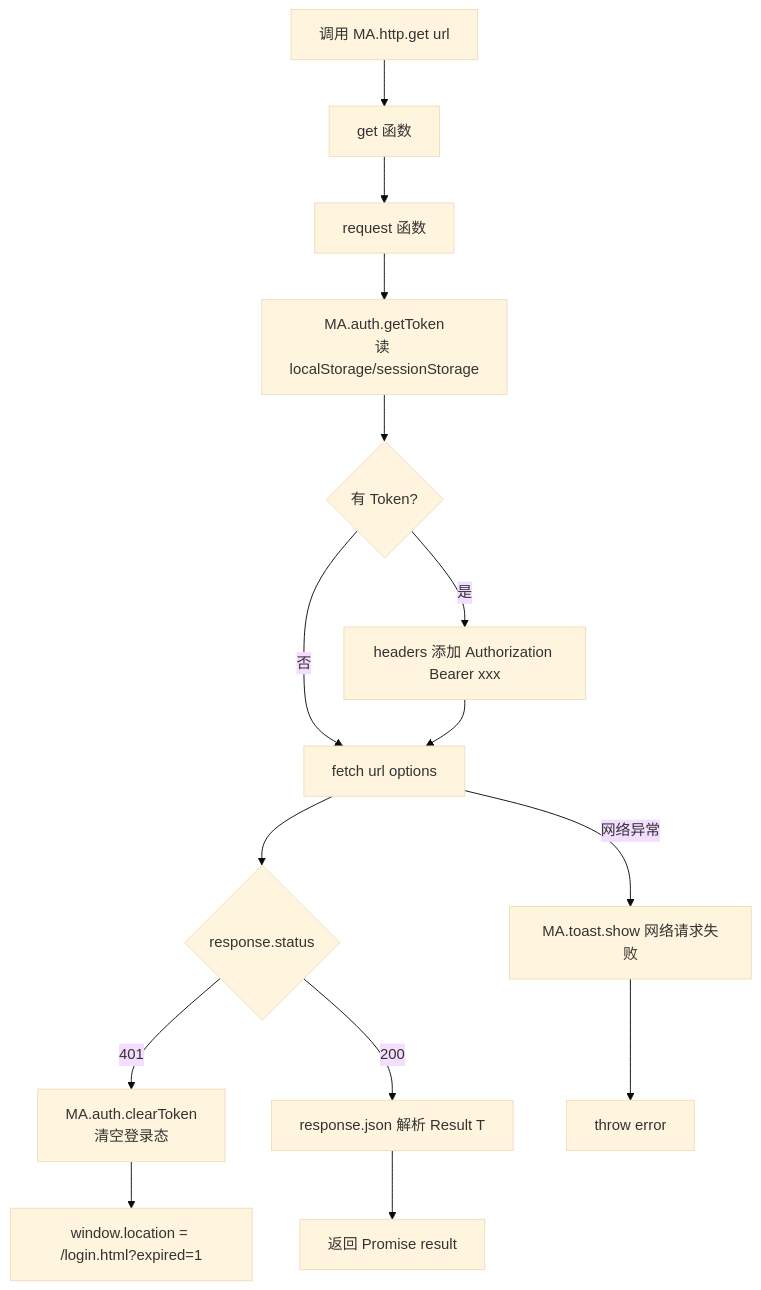
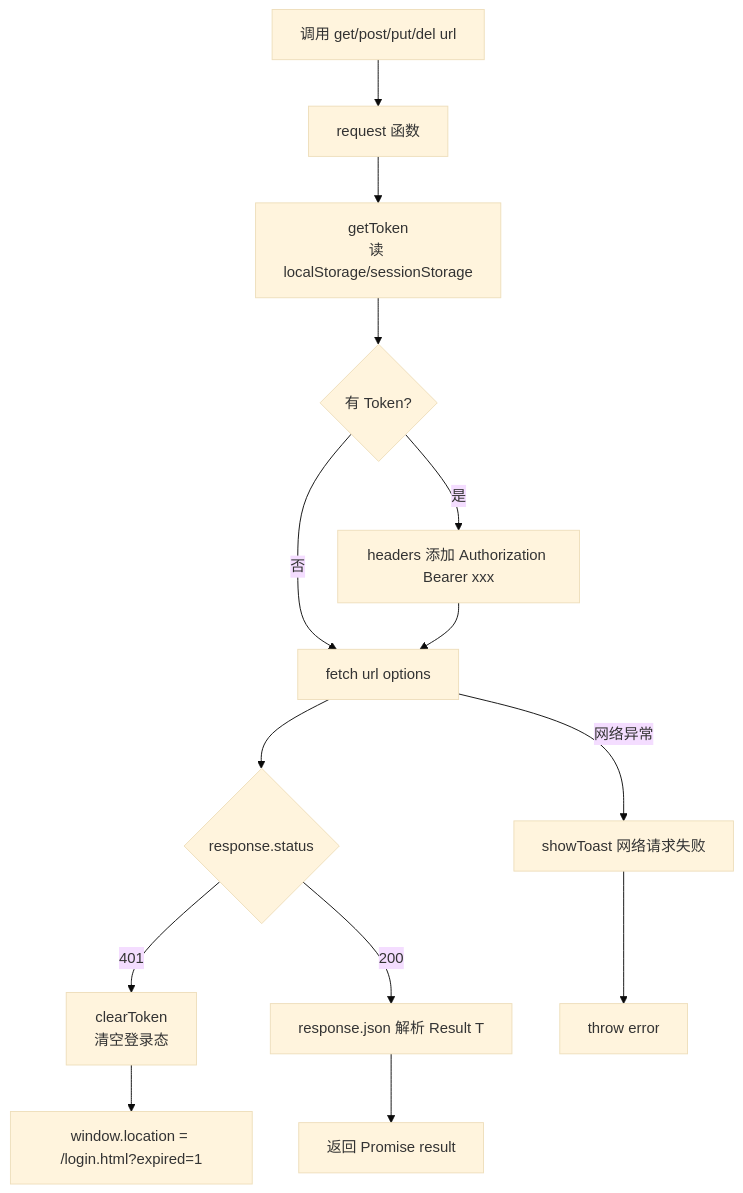
One commit to xiaobihudawang/musicdemo changed the diagram in diagrams/http-request-flow.mmd. Above: the diagram before and after it, drawn with Mermaid (base theme). The commit also changed 66 other files, not shown here.

```diff
--- a/diagrams/http-request-flow.mmd
+++ b/diagrams/http-request-flow.mmd
@@ -1,15 +1,14 @@
 flowchart TD
-    Caller["调用 MA.http.get url"] --> Get[get 函数]
-    Get --> Request[request 函数]
-    Request --> GetToken["MA.auth.getToken<br/>读 localStorage/sessionStorage"]
+    Caller["调用 get/post/put/del url"] --> Request[request 函数]
+    Request --> GetToken[getToken<br/>读 localStorage/sessionStorage]
     GetToken --> HasToken{有 Token?}
     HasToken -- 是 --> AddAuth[headers 添加 Authorization Bearer xxx]
     HasToken -- 否 --> Fetch
     AddAuth --> Fetch["fetch url options"]
     Fetch --> Status{response.status}
-    Status -- 401 --> Clear["MA.auth.clearToken<br/>清空登录态"]
+    Status -- 401 --> Clear[clearToken<br/>清空登录态]
     Clear --> Redirect[window.location = /login.html?expired=1]
     Status -- 200 --> ParseJSON["response.json 解析 Result T"]
     ParseJSON --> Return[返回 Promise result]
-    Fetch -- 网络异常 --> Toast["MA.toast.show 网络请求失败"]
+    Fetch -- 网络异常 --> Toast["showToast 网络请求失败"]
     Toast --> Throw[throw error]
```
